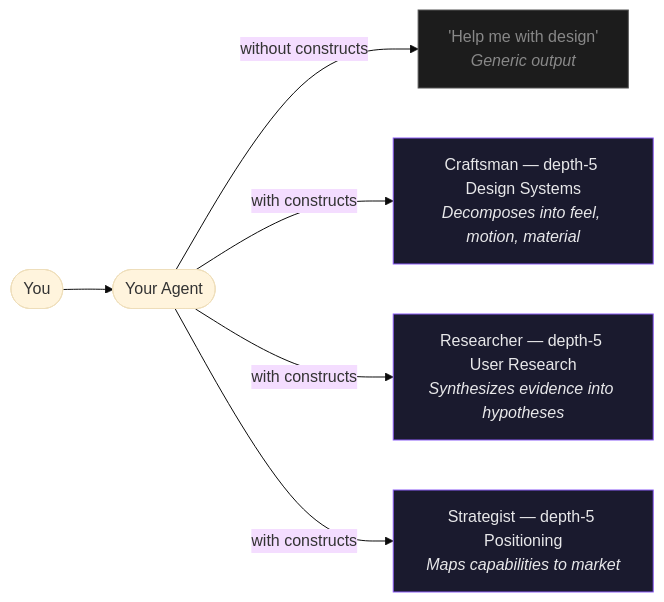
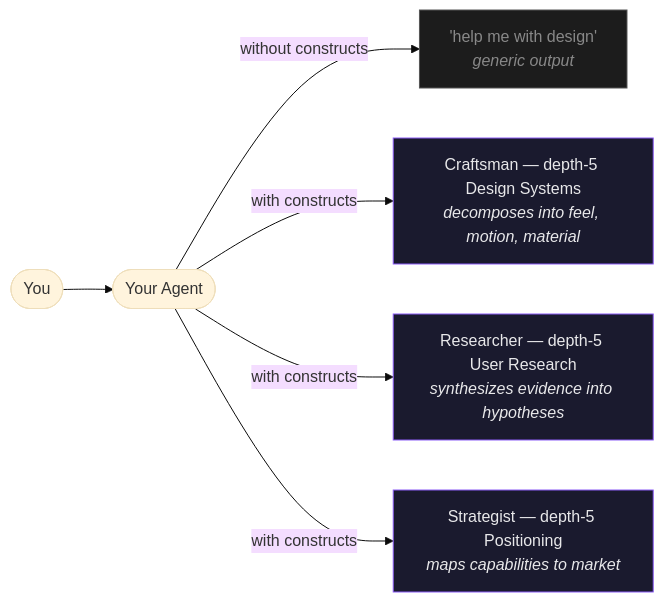
The diagram in README.md (0xHoneyJar/loa-constructs), drawn with Mermaid (base theme) before and after one commit. The commit also changed other lines of this file, not shown here.

````diff
--- a/README.md
+++ b/README.md
@@ -32,13 +56,13 @@
 ```mermaid
 graph LR
     You([You]) --> Agent([Your Agent])
-    Agent --> |without constructs| Generic["'Help me with design'<br/><i>Generic output</i>"]
-    Agent --> |with constructs| Craftsman["Craftsman — depth-5 Design Systems<br/><i>Decomposes into feel, motion, material</i>"]
-    Agent --> |with constructs| Researcher["Researcher — depth-5 User Research<br/><i>Synthesizes evidence into hypotheses</i>"]
-    Agent --> |with constructs| Strategist["Strategist — depth-5 Positioning<br/><i>Maps capabilities to market</i>"]
+    Agent --> |without constructs| Generic["'help me with design'<br/><i>generic output</i>"]
+    Agent --> |with constructs| Craftsman["Craftsman — depth-5 Design Systems<br/><i>decomposes into feel, motion, material</i>"]
+    Agent --> |with constructs| Researcher["Researcher — depth-5 User Research<br/><i>synthesizes evidence into hypotheses</i>"]
+    Agent --> |with constructs| Strategist["Strategist — depth-5 Positioning<br/><i>maps capabilities to market</i>"]
 
     style Generic fill:#1c1c1c,stroke:#555,color:#888
     style Craftsman fill:#1a1a2e,stroke:#8B5CF6,color:#e8e8ea
     style Researcher fill:#1a1a2e,stroke:#8B5CF6,color:#e8e8ea
     style Strategist fill:#1a1a2e,stroke:#8B5CF6,color:#e8e8ea
 ```
````
